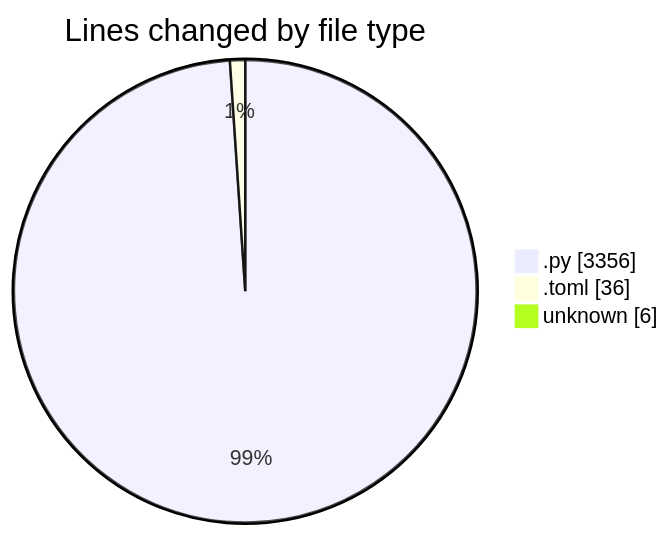
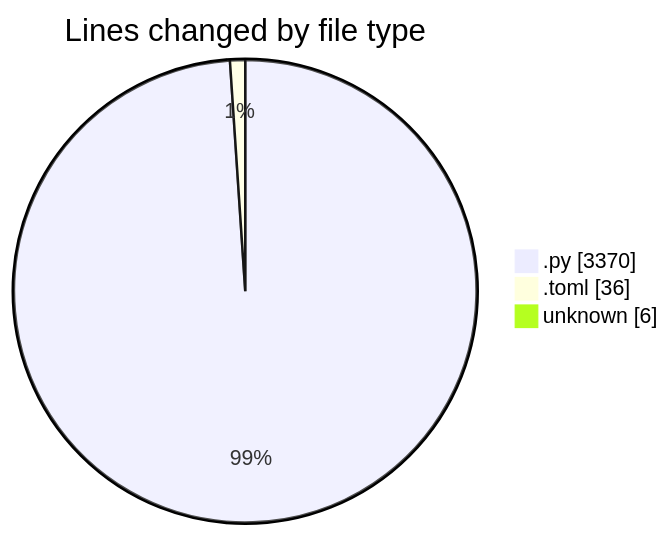
Before and after one commit to julien-gomy/code-tracking: the first of 2 diagrams in 2025-11-20/eventscop-api-guide__workspace_/README.md, drawn with Mermaid. The commit also changed other lines of this file and 1 other file, not shown here.

````diff
--- a/2025-11-20/eventscop-api-guide__workspace_/README.md
+++ b/2025-11-20/eventscop-api-guide__workspace_/README.md
@@ -32,7 +32,7 @@
 ```mermaid
 pie showData
 title Lines changed by file type
-".py" : 3356
+".py" : 3370
 ".toml" : 36
 "unknown" : 6
 ```
````
